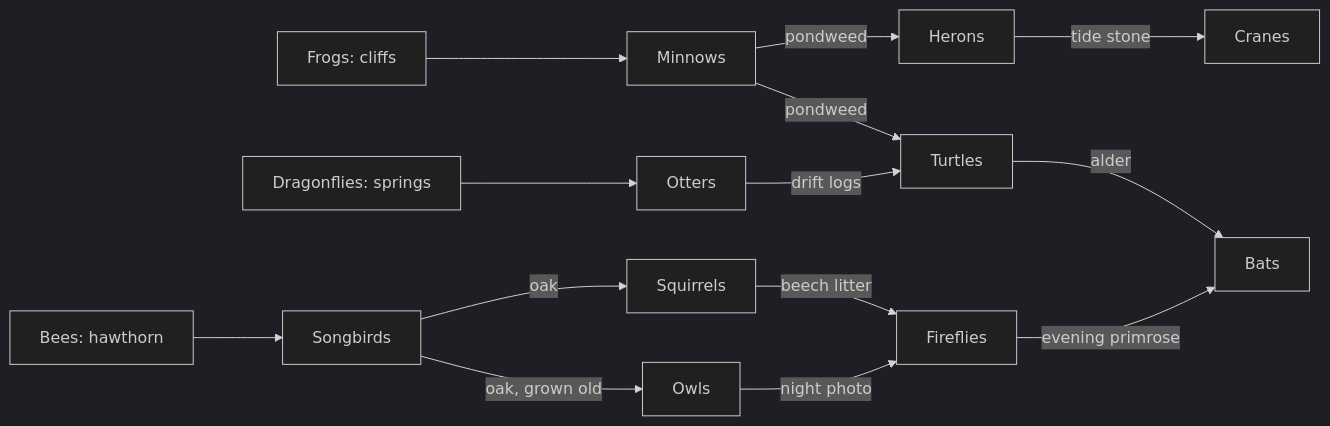
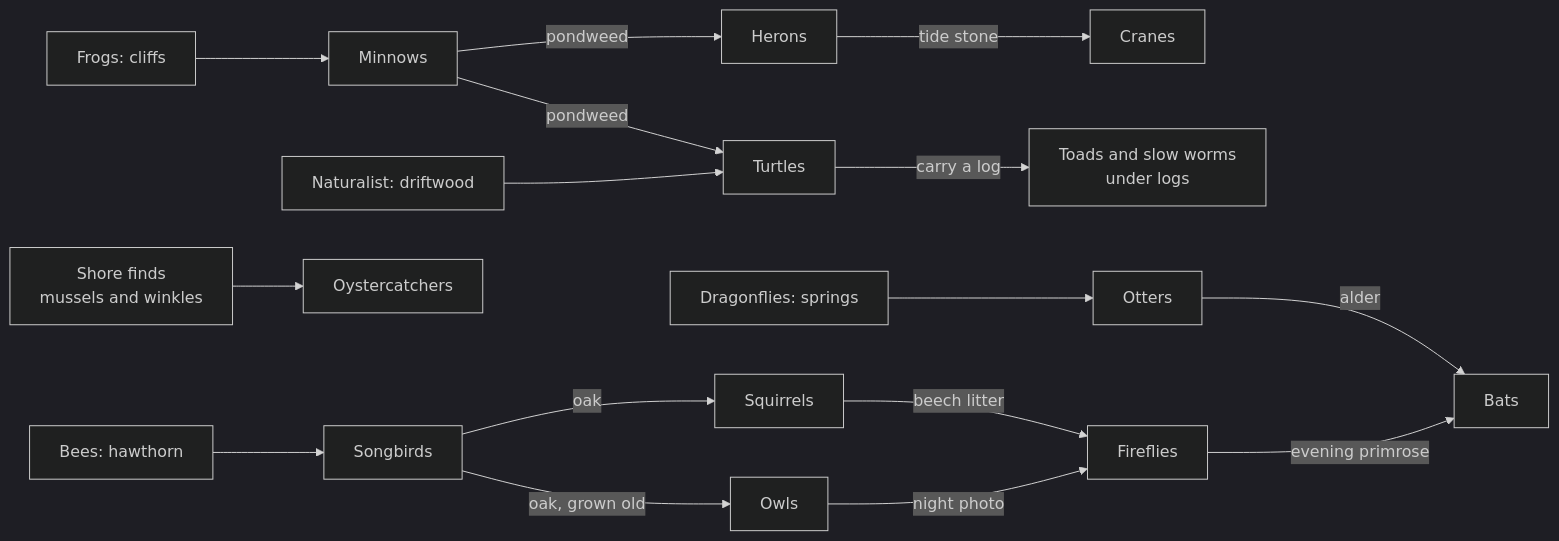
Before and after one commit to mshomper/ebb: the second of 3 diagrams in docs/13-progression-and-expansion.md, drawn with Mermaid (dark theme). The commit also changed other lines of this file and 8 other files, not shown here.

````diff
--- a/docs/13-progression-and-expansion.md
+++ b/docs/13-progression-and-expansion.md
@@ -65,16 +69,18 @@
 ```mermaid
 flowchart LR
   FR[Frogs: cliffs] --> MI[Minnows]
   MI -->|pondweed| HE[Herons]
   MI -->|pondweed| TU[Turtles]
+  NA[Naturalist: driftwood] --> TU
+  TU -->|carry a log| FN[Toads and slow worms<br/>under logs]
+  SF[Shore finds<br/>mussels and winkles] --> OY[Oystercatchers]
   DR[Dragonflies: springs] --> OT[Otters]
   BE[Bees: hawthorn] --> SO[Songbirds]
   SO -->|oak| SQ[Squirrels]
   SO -->|oak, grown old| OW[Owls]
   SQ -->|beech litter| FI[Fireflies]
   OW -->|night photo| FI
-  OT -->|drift logs| TU
-  TU -->|alder| BA[Bats]
+  OT -->|alder| BA[Bats]
   FI -->|evening primrose| BA
   HE -->|tide stone| CR[Cranes]
 ```
````
